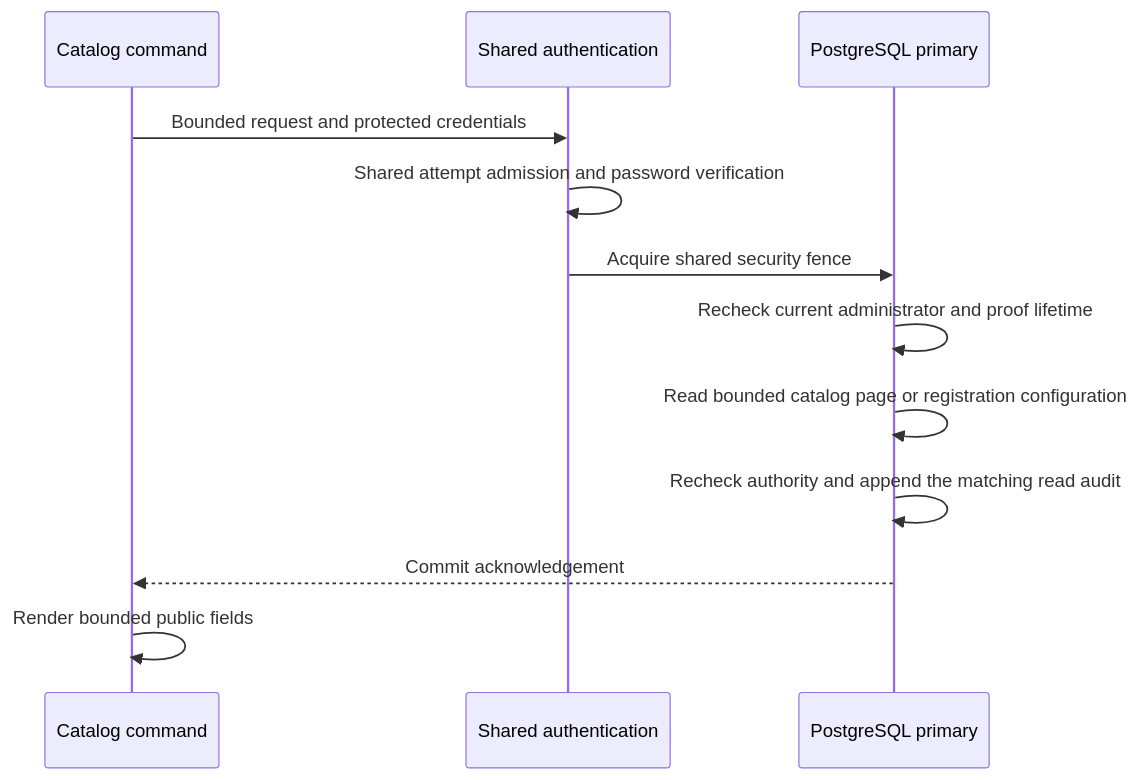
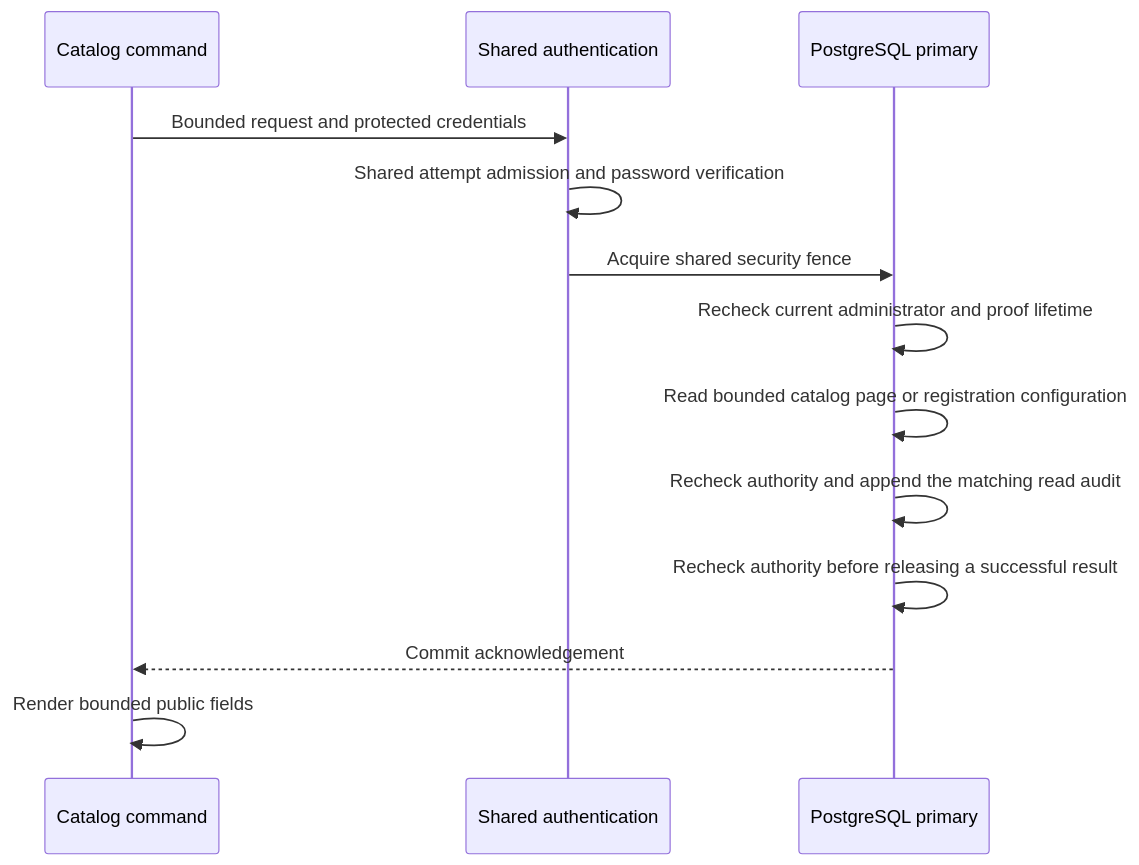
One commit to OneTesseractInMultiverse/darkhorse-identity changed the diagram in docs/operator-catalog.md. Above: the diagram before and after it, drawn with Mermaid. The commit also changed other lines of this file and 33 other files, not shown here.

````diff
--- a/docs/operator-catalog.md
+++ b/docs/operator-catalog.md
@@ -108,14 +110,15 @@
 ```mermaid
 sequenceDiagram
     participant C as Catalog command
     participant A as Shared authentication
     participant P as PostgreSQL primary
     C->>A: Bounded request and protected credentials
     A->>A: Shared attempt admission and password verification
     A->>P: Acquire shared security fence
     P->>P: Recheck current administrator and proof lifetime
     P->>P: Read bounded catalog page or registration configuration
     P->>P: Recheck authority and append the matching read audit
+    P->>P: Recheck authority before releasing a successful result
     P-->>C: Commit acknowledgement
     C->>C: Render bounded public fields
 ```
````
